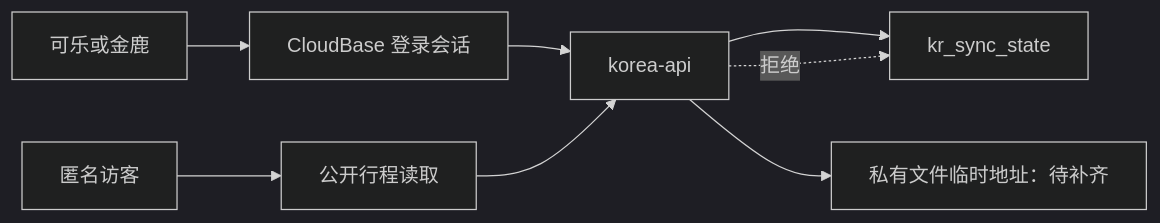
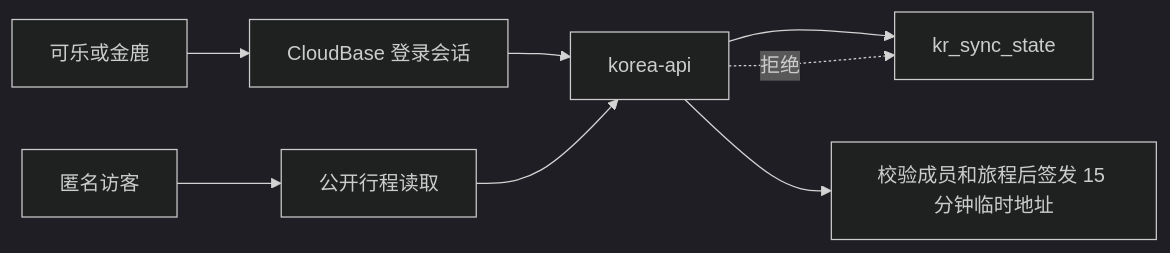
One commit to hankkyy/Korea-Trip changed the diagram in ARCHITECTURE.md. Above: the diagram before and after it, drawn with Mermaid (dark theme). The commit also changed other lines of this file and 47 other files, not shown here.

````diff
--- a/ARCHITECTURE.md
+++ b/ARCHITECTURE.md
@@ -23,10 +23,10 @@
 ```mermaid
 flowchart LR
   U[可乐或金鹿] --> A[CloudBase 登录会话]
   A --> API[korea-api]
   API --> S[kr_sync_state]
-  API --> T[私有文件临时地址：待补齐]
+  API --> T[校验成员和旅程后签发 15 分钟临时地址]
   V[匿名访客] --> P[公开行程读取]
   P --> API
   API -.拒绝.-> S
 ```
````
